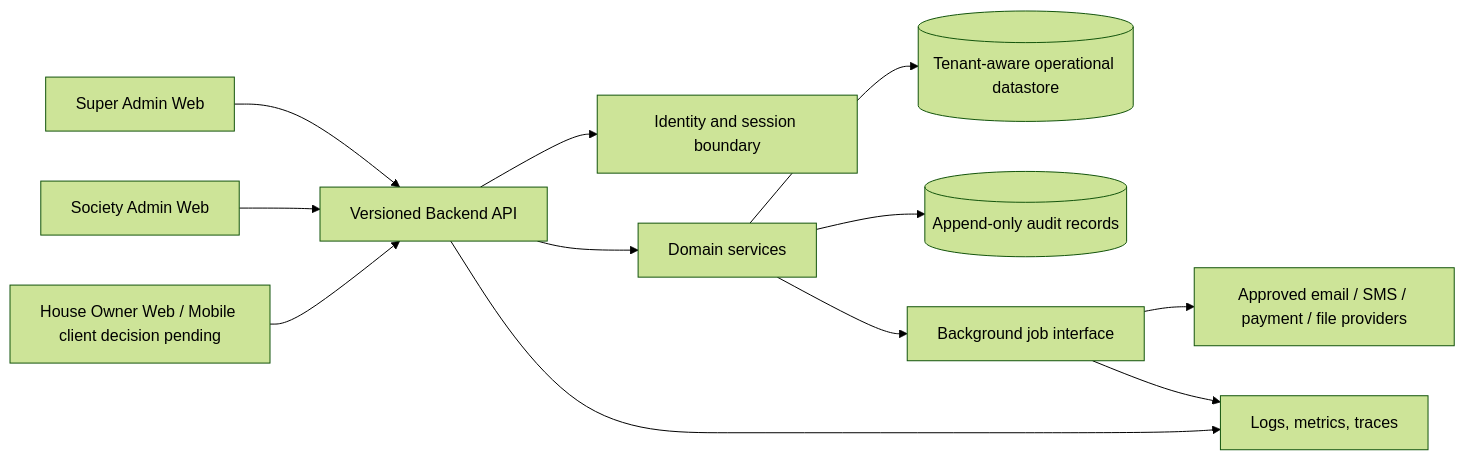
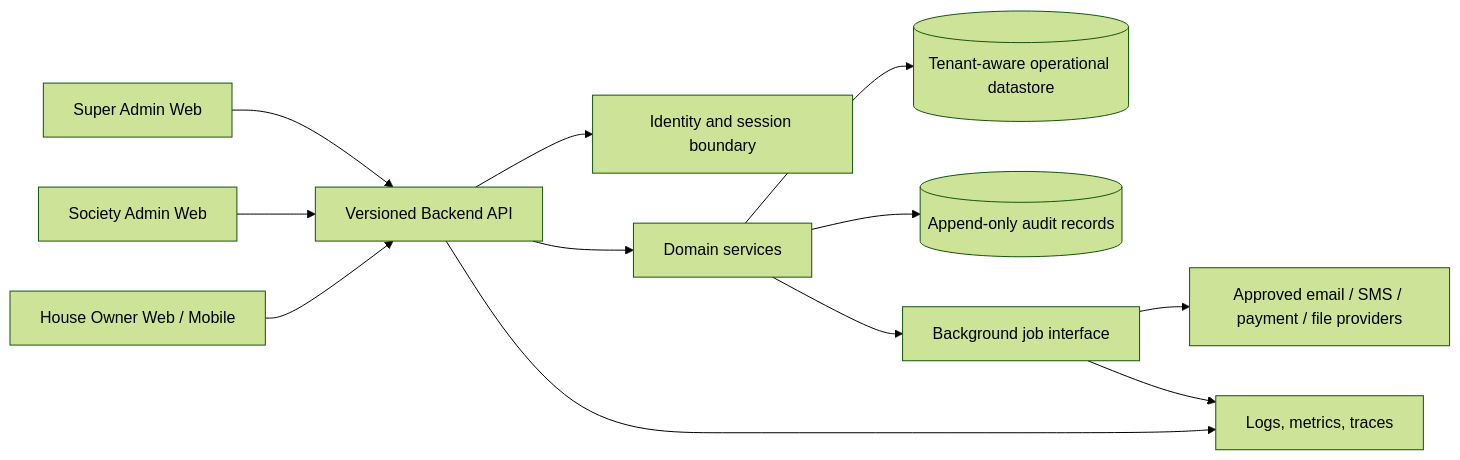
The diagram in docs/ARCHITECTURE.md (SunnyGogawale/SocietySAAS), drawn with Mermaid (forest theme) before and after one commit. The commit also changed other lines of this file and 39 other files, not shown here.

````diff
--- a/docs/ARCHITECTURE.md
+++ b/docs/ARCHITECTURE.md
@@ -8,14 +8,14 @@
 ```mermaid
 flowchart LR
   SA[Super Admin Web] --> API[Versioned Backend API]
   AD[Society Admin Web] --> API
-  OW[House Owner Web / Mobile client decision pending] --> API
+  OW[House Owner Web / Mobile] --> API
   API --> AUTH[Identity and session boundary]
   API --> APP[Domain services]
   APP --> DB[(Tenant-aware operational datastore)]
   APP --> AUD[(Append-only audit records)]
   APP --> JOB[Background job interface]
   JOB --> EXT[Approved email / SMS / payment / file providers]
   API --> OBS[Logs, metrics, traces]
   JOB --> OBS
 ```
````
